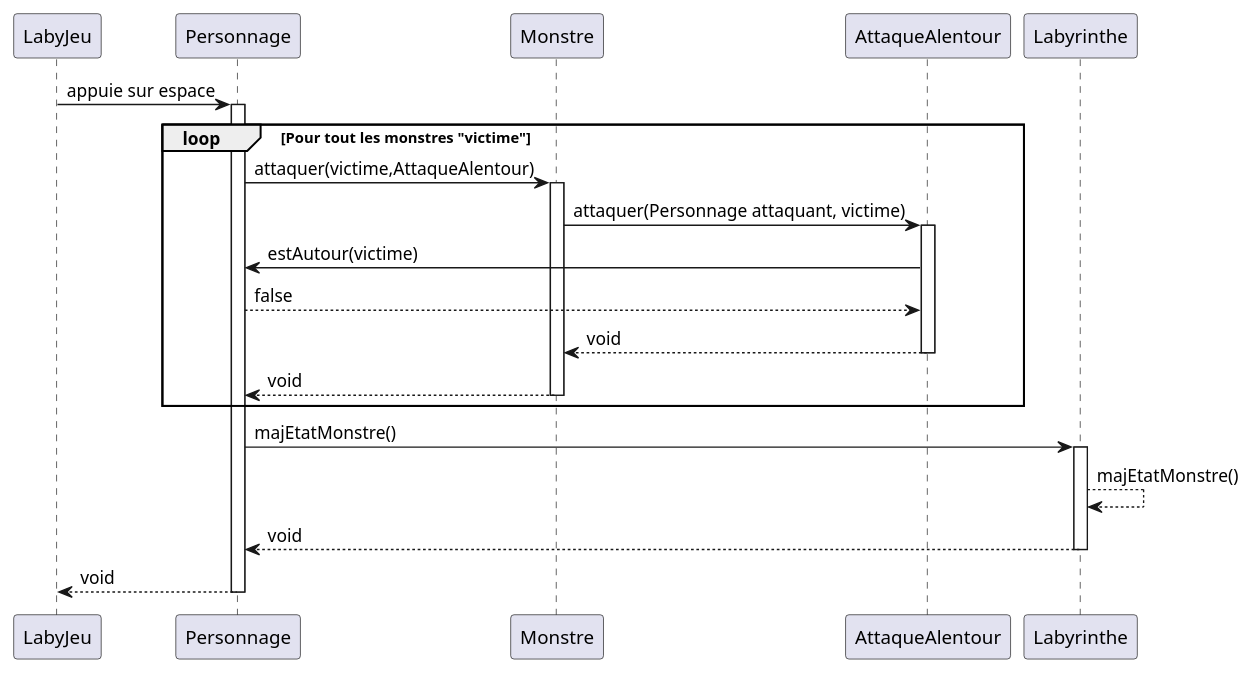
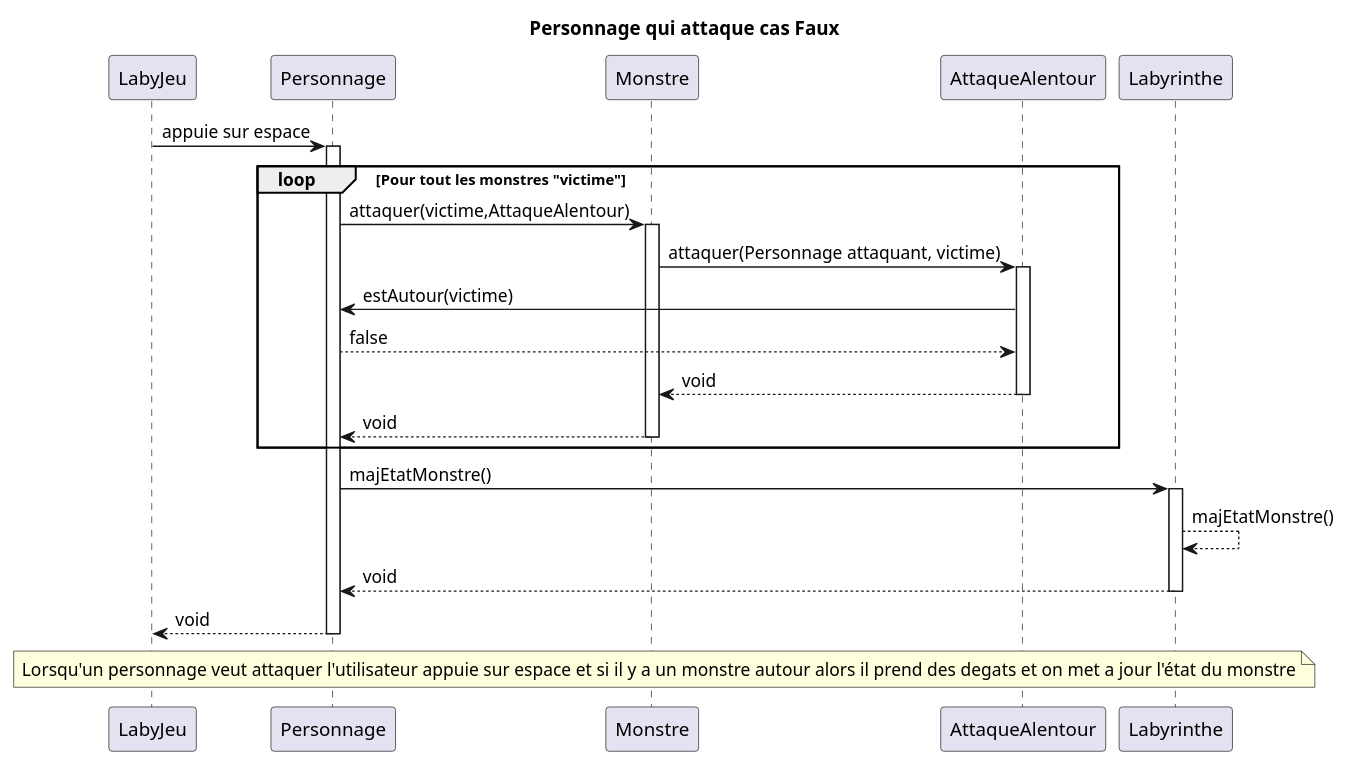
The diagram in zeldiablo/documents/version_4/diagseq_attaquerAlentourRate.puml (LukaSalvo/SAE2024), drawn with PlantUML before and after one commit. The commit also changed 5 other files, not shown here.

```diff
--- a/zeldiablo/documents/version_4/diagseq_attaquerAlentourRate.puml
+++ b/zeldiablo/documents/version_4/diagseq_attaquerAlentourRate.puml
@@ -1,28 +1,32 @@
 @startuml
 participant LabyJeu
+title : Personnage qui attaque cas Faux
 participant Personnage
 participant Monstre
 LabyJeu -> Personnage : appuie sur espace
 activate Personnage
 loop Pour tout les monstres "victime"
     Personnage -> Monstre : attaquer(victime,AttaqueAlentour)
 
     activate Monstre
     Monstre -> "AttaqueAlentour" : attaquer(Personnage attaquant, victime)
     activate "AttaqueAlentour"
     "AttaqueAlentour" -> Personnage : estAutour(victime)
     Personnage --> "AttaqueAlentour" : false
     "AttaqueAlentour" --> Monstre : void
     deactivate "AttaqueAlentour"
     Monstre --> Personnage : void
     deactivate Monstre
 end
 Personnage -> "Labyrinthe" : majEtatMonstre()
 activate "Labyrinthe"
 "Labyrinthe" --> "Labyrinthe" : majEtatMonstre()
 
 "Labyrinthe" --> "Personnage" : void
 deactivate "Labyrinthe"
 Personnage --> LabyJeu : void
 deactivate Personnage
+note across
+Lorsqu'un personnage veut attaquer l'utilisateur appuie sur espace et si il y a un monstre autour alors il prend des degats et on met a jour l'état du monstre
+end note
 @enduml
```
